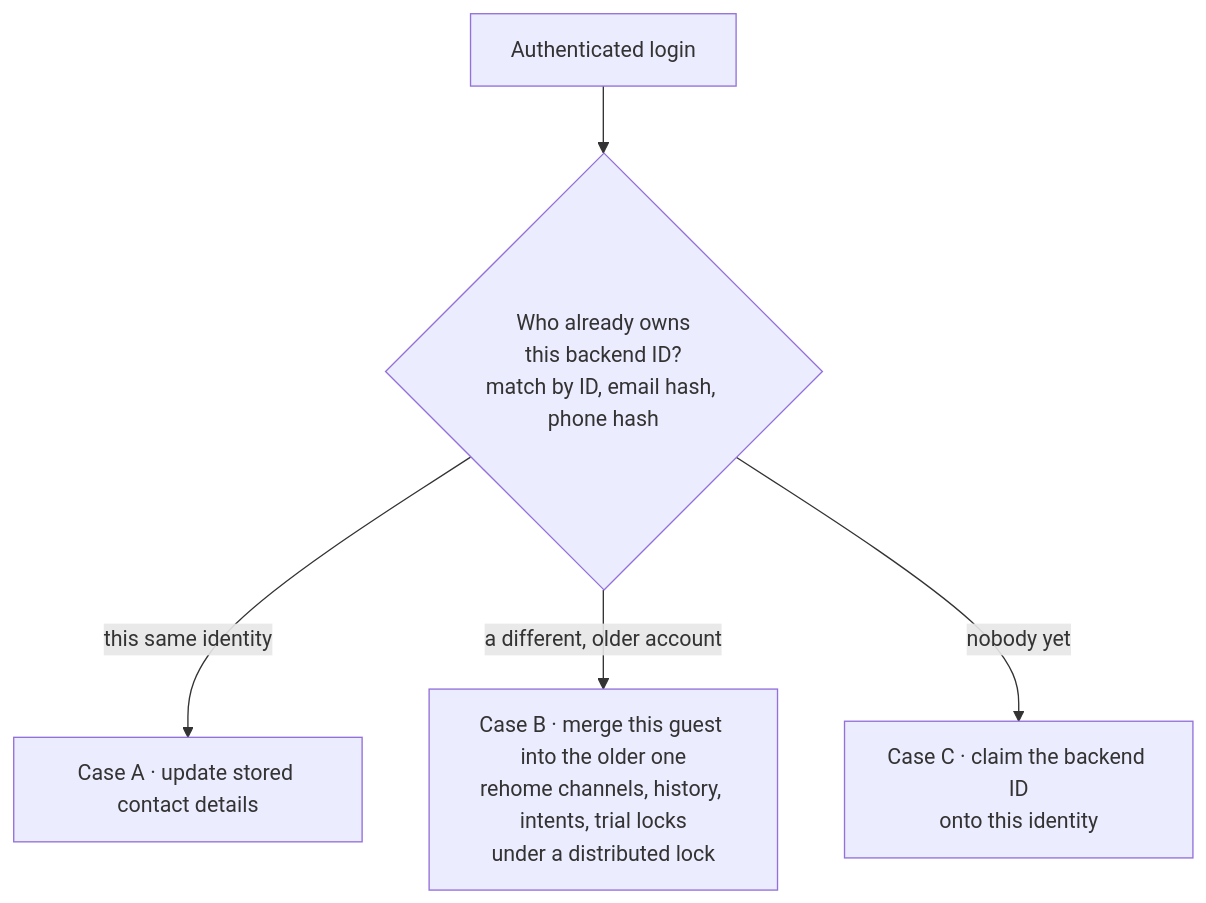
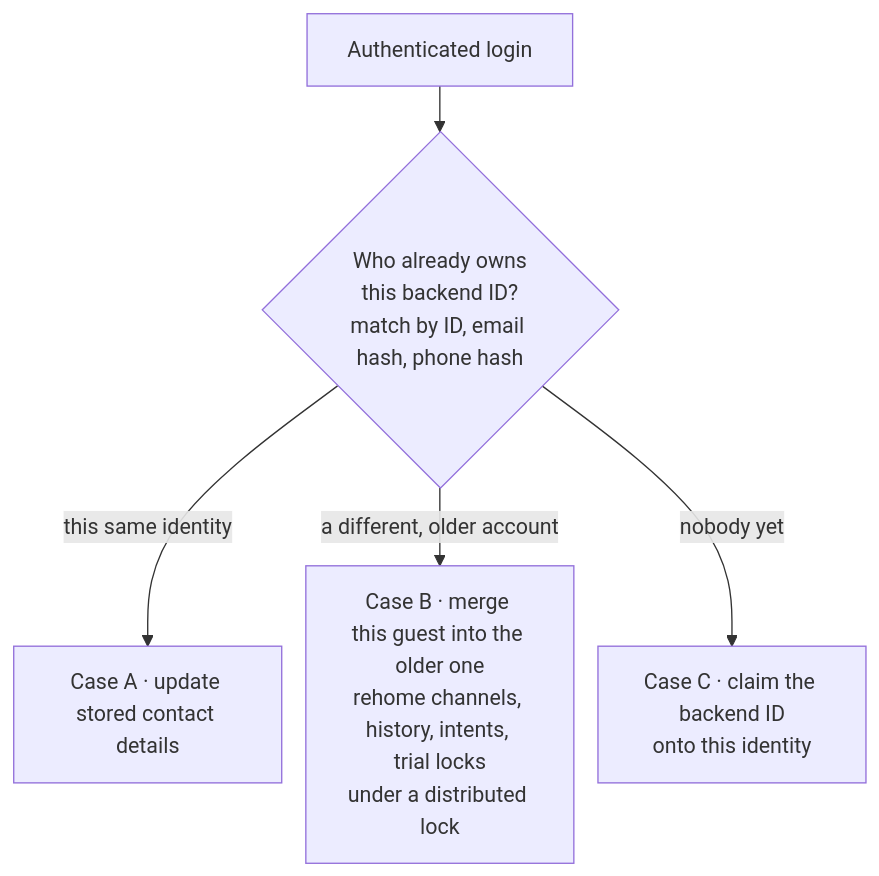
One commit to JoshPola96/enterprise-ai-agent-architecture-esim changed the diagram in docs/04-identity.md. Above: the diagram before and after it, drawn with Mermaid. The commit also changed 5 other files, not shown here.

Commit message:
Lay out the chapter diagrams for phone screens

````diff
--- a/docs/04-identity.md
+++ b/docs/04-identity.md
@@ -18,7 +18,8 @@
 ```mermaid
+%%{init: {"flowchart": {"nodeSpacing": 18, "rankSpacing": 34, "wrappingWidth": 140}}}%%
 flowchart TD
     L["Authenticated login"] --> Q{"Who already owns<br/>this backend ID?<br/>match by ID, email hash, phone hash"}
     Q -- "this same identity" --> A["Case A · update stored contact details"]
     Q -- "a different, older account" --> B["Case B · merge this guest into the older one<br/>rehome channels, history, intents, trial locks<br/>under a distributed lock"]
     Q -- "nobody yet" --> C["Case C · claim the backend ID<br/>onto this identity"]
 ```
````
